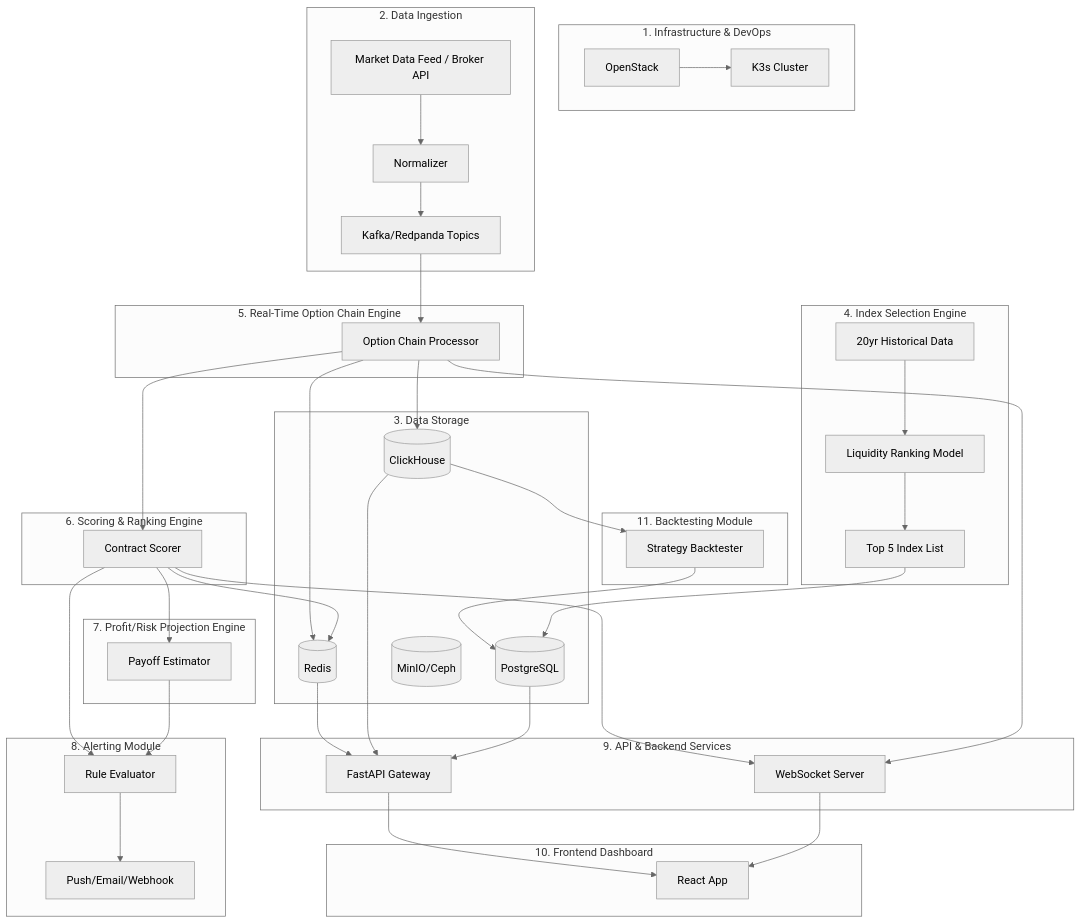
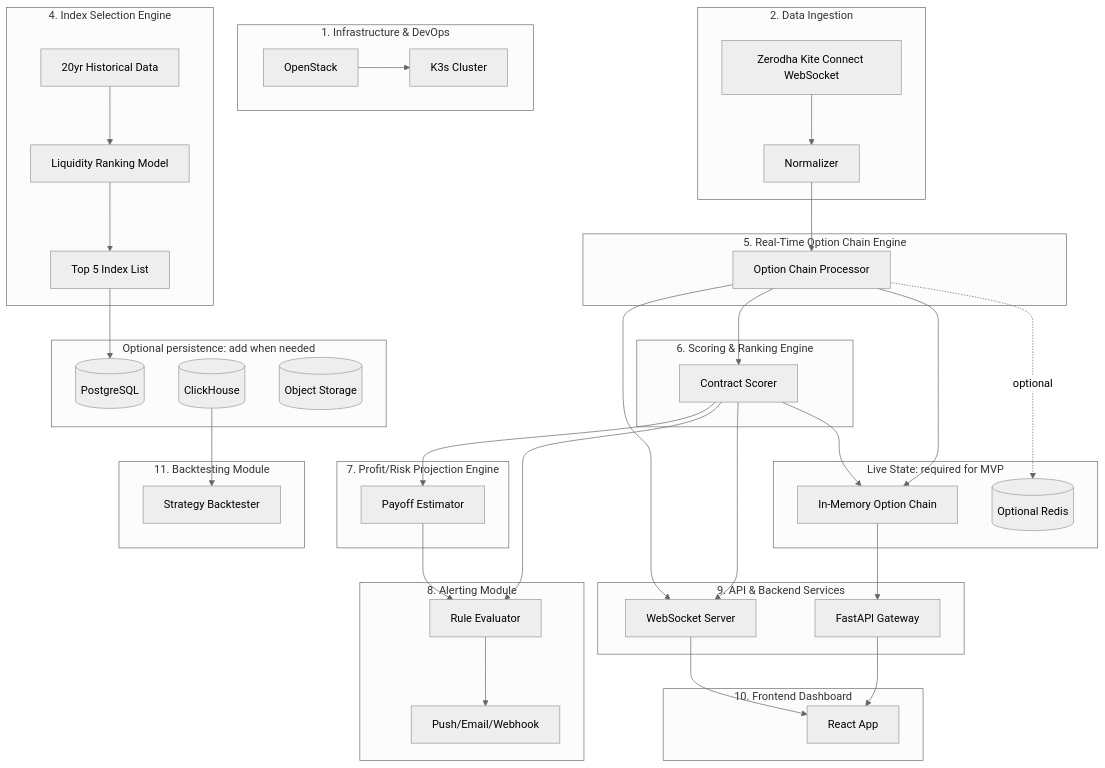
The first of 2 diagrams in docs/architecture.md (madhurendra186ms-max/Trading-app-test), drawn with Mermaid (neutral theme) before and after one commit. The commit also changed other lines of this file and 7 other files, not shown here.

````diff
--- a/docs/architecture.md
+++ b/docs/architecture.md
@@ -5,67 +5,67 @@
 ```mermaid
 graph TB
     subgraph Infra["1. Infrastructure & DevOps"]
         OS[OpenStack] --> K3S[K3s Cluster]
     end
 
     subgraph Ingest["2. Data Ingestion"]
-        FEED[Market Data Feed / Broker API] --> NORM[Normalizer]
-        NORM --> KAFKA[Kafka/Redpanda Topics]
+        FEED[Zerodha Kite Connect WebSocket] --> NORM[Normalizer]
     end
 
-    subgraph Store["3. Data Storage"]
-        PG[(PostgreSQL)]
-        CH[(ClickHouse)]
-        REDIS[(Redis)]
-        OBJ[(MinIO/Ceph)]
+    subgraph Live["Live State: required for MVP"]
+        MEM[In-Memory Option Chain]
+        REDIS[(Optional Redis)]
     end
 
     subgraph Research["4. Index Selection Engine"]
         HIST[20yr Historical Data] --> RANK[Liquidity Ranking Model]
         RANK --> TOP5[Top 5 Index List]
     end
 
     subgraph Chain["5. Real-Time Option Chain Engine"]
-        KAFKA --> OCE[Option Chain Processor]
-        OCE --> REDIS
-        OCE --> CH
+        NORM --> OCE[Option Chain Processor]
+        OCE --> MEM
+        OCE -. optional .-> REDIS
     end
 
     subgraph Score["6. Scoring & Ranking Engine"]
         OCE --> SCORE[Contract Scorer]
-        SCORE --> REDIS
+        SCORE --> MEM
     end
 
     subgraph Profit["7. Profit/Risk Projection Engine"]
         SCORE --> PROJ[Payoff Estimator]
     end
 
     subgraph Alert["8. Alerting Module"]
         SCORE --> ALERTRULE[Rule Evaluator]
         PROJ --> ALERTRULE
         ALERTRULE --> NOTIFY[Push/Email/Webhook]
     end
 
     subgraph Backend["9. API & Backend Services"]
         API[FastAPI Gateway]
         WS[WebSocket Server]
     end
-    REDIS --> API
-    CH --> API
-    PG --> API
+    MEM --> API
     SCORE --> WS
     OCE --> WS
 
     subgraph FE["10. Frontend Dashboard"]
         UI[React App]
     end
     API --> UI
     WS --> UI
 
+    subgraph Persist["Optional persistence: add when needed"]
+        PG[(PostgreSQL)]
+        CH[(ClickHouse)]
+        OBJ[(Object Storage)]
+    end
+
     subgraph Backtest["11. Backtesting Module"]
         CH --> BT[Strategy Backtester]
-        BT --> PG
     end
 
     TOP5 --> PG
 ```
````
